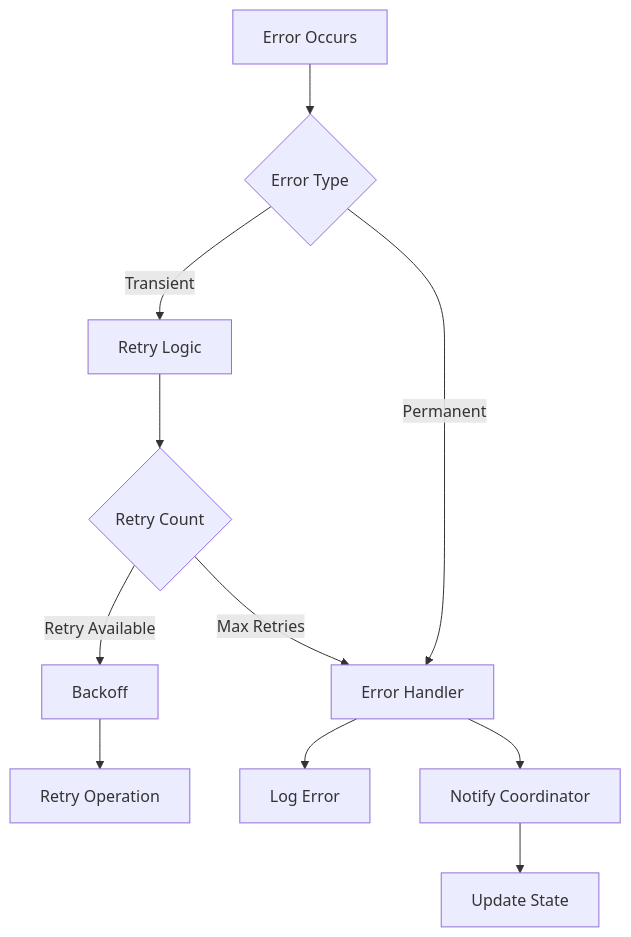
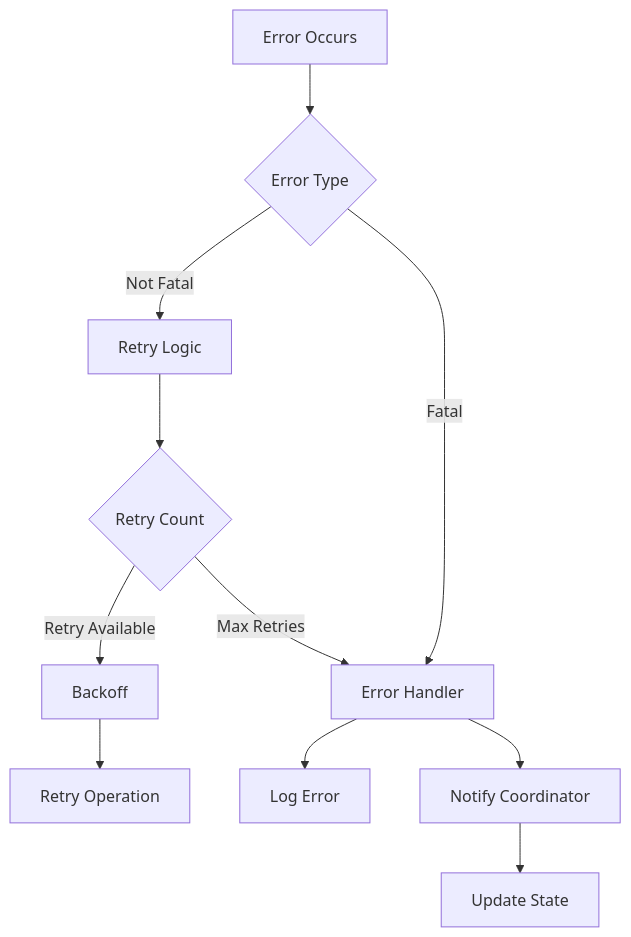
The fourth of 4 diagrams in docs/contributor-guide/architecture.md (transferia/transferia), drawn with Mermaid before and after one commit. The commit also changed other lines of this file and 4 other files, not shown here.

````diff
--- a/docs/contributor-guide/architecture.md
+++ b/docs/contributor-guide/architecture.md
@@ -209,13 +174,13 @@
 ```mermaid
 graph TD
     A[Error Occurs] --> B{Error Type}
-    B -->|Transient| C[Retry Logic]
-    B -->|Permanent| D[Error Handler]
+    B -->|Not Fatal| C[Retry Logic]
+    B -->|Fatal| D[Error Handler]
     C --> E{Retry Count}
     E -->|Max Retries| D
     E -->|Retry Available| F[Backoff]
     F --> G[Retry Operation]
     D --> H[Log Error]
     D --> I[Notify Coordinator]
     I --> J[Update State]
 ```
````
